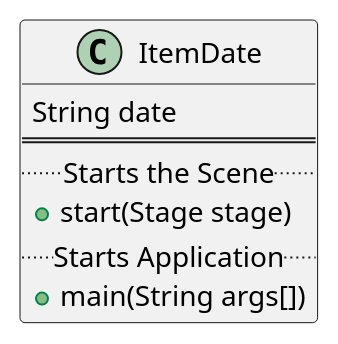
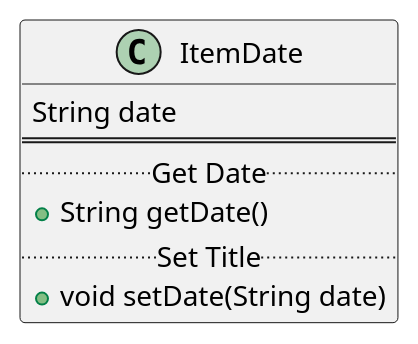
One commit to mate-gam/Gamero-cop3330-assignment4part2 changed the diagram in uml/ItemDate.puml. Above: the diagram before and after it, drawn with PlantUML. The commit also changed 16 other files, not shown here.

```diff
--- a/uml/ItemDate.puml
+++ b/uml/ItemDate.puml
@@ -1,11 +1,11 @@
 @startuml
 class ItemDate{
 String date
 ==
-.. Starts the Scene ..
-+ start(Stage stage)
-.. Starts Application ..
-+ main(String args[])
+.. Get Date ..
++ String getDate()
+.. Set Title ..
++ void setDate(String date)
 }
 
 @enduml
```
